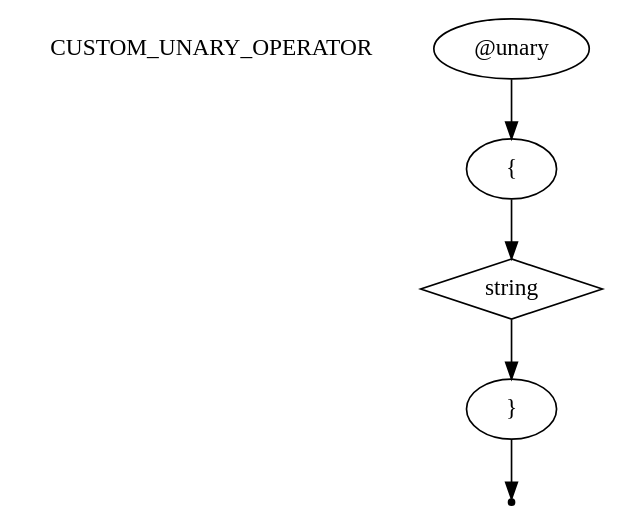
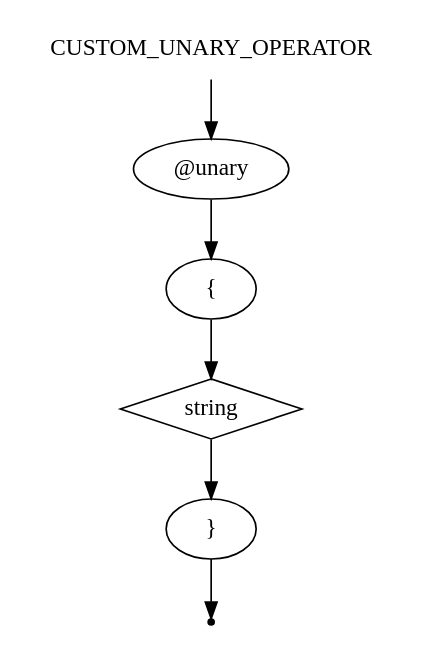
The diagram in pseudocode/custom_unary_operator.gv (ayu-f/DSL_Pseudocode), drawn with Graphviz before and after one commit. The commit also changed 15 other files, not shown here.

```diff
--- a/pseudocode/custom_unary_operator.gv
+++ b/pseudocode/custom_unary_operator.gv
@@ -1,13 +1,14 @@
 digraph CUSTOM_UNARY_OPERATOR {
     start [label=CUSTOM_UNARY_OPERATOR shape=plaintext]
     custom_unary_prefix [label="@unary" shape=oval]
     br_open [label="{" shape=oval]
     string [label=string shape=diamond]
     br_close [label="}" shape=oval]
     end [label="" shape=point]
 
+    start -> custom_unary_prefix
     custom_unary_prefix -> br_open
     br_open -> string
     string -> br_close
     br_close -> end
 }
```
